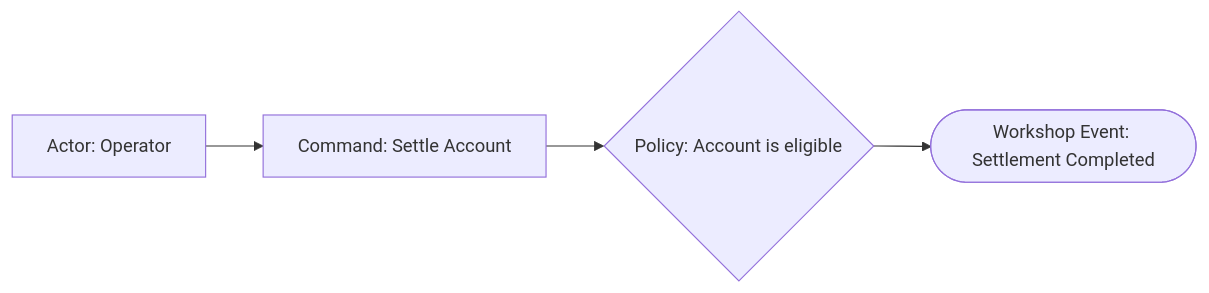
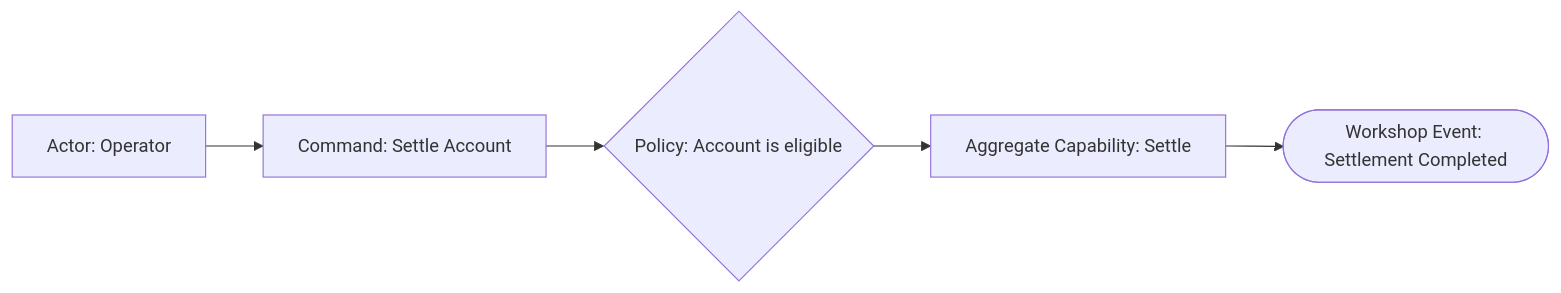
One commit to jacexh/skill-workshop changed the diagram in evals/ddd-expert/cases/guard-tactical-design-claim-drift/workspace/docs/ddd-expert/event-storming/settle-account.md. Above: the diagram before and after it, drawn with Mermaid. The commit also changed other lines of this file and 28 other files, not shown here.

````diff
--- a/evals/ddd-expert/cases/guard-tactical-design-claim-drift/workspace/docs/ddd-expert/event-storming/settle-account.md
+++ b/evals/ddd-expert/cases/guard-tactical-design-claim-drift/workspace/docs/ddd-expert/event-storming/settle-account.md
@@ -13,6 +13,7 @@
 ```mermaid
 flowchart LR
     actor["Actor: Operator"] --> command["Command: Settle Account"]
     command --> policy{"Policy: Account is eligible"}
-    policy --> event(["Workshop Event: Settlement Completed"])
+    policy --> capability["Aggregate Capability: Settle"]
+    capability --> event(["Workshop Event: Settlement Completed"])
 ```
````
